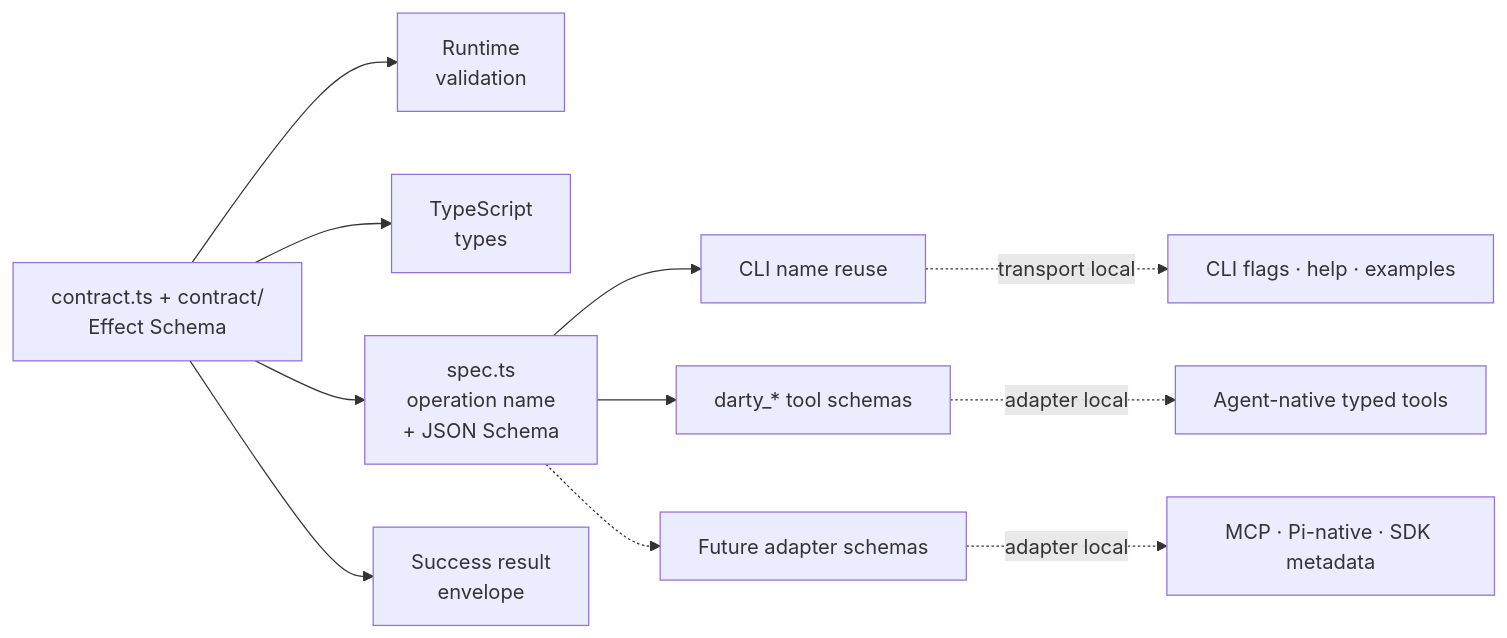
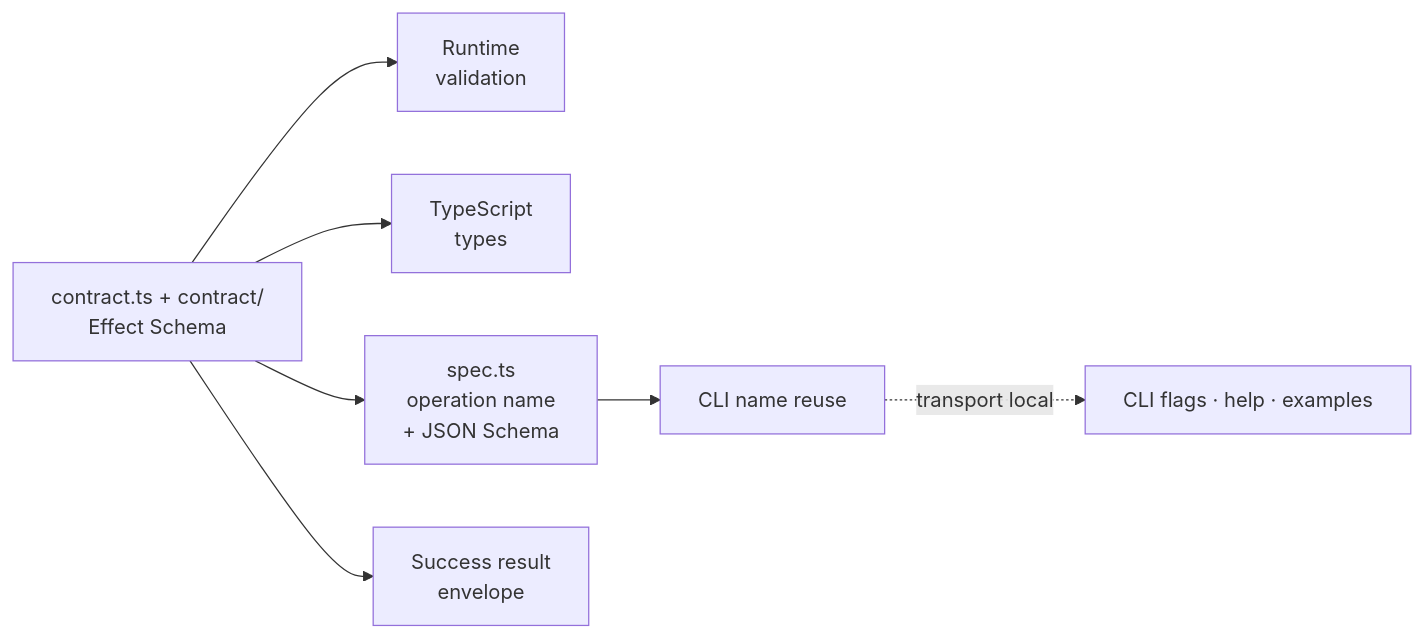
Before and after one commit to cpaikr/darty: the third of 6 diagrams in src/ARCHITECTURE.md, drawn with Mermaid. The commit also changed other lines of this file and 27 other files, not shown here.

````diff
--- a/src/ARCHITECTURE.md
+++ b/src/ARCHITECTURE.md
@@ -170,15 +154,11 @@
 ```mermaid
 graph LR
     CONTRACT["contract.ts + contract/\nEffect Schema"] --> VALIDATE["Runtime\nvalidation"]
     CONTRACT --> TS["TypeScript\ntypes"]
     CONTRACT --> SPEC["spec.ts\noperation name\n+ JSON Schema"]
 
     SPEC --> CLI_META["CLI name reuse"]
-    SPEC --> AGENT_META["darty_* tool schemas"]
-    SPEC -.-> FUTURE_META["Future adapter schemas"]
     CONTRACT --> RESULT["Success result\nenvelope"]
 
     CLI_META -. transport local .-> CLI_FLAGS["CLI flags · help · examples"]
-    AGENT_META -. adapter local .-> AGENT_TOOLS["Agent-native typed tools"]
-    FUTURE_META -. adapter local .-> FUTURE_UX["MCP · Pi-native · SDK metadata"]
 ```
````
